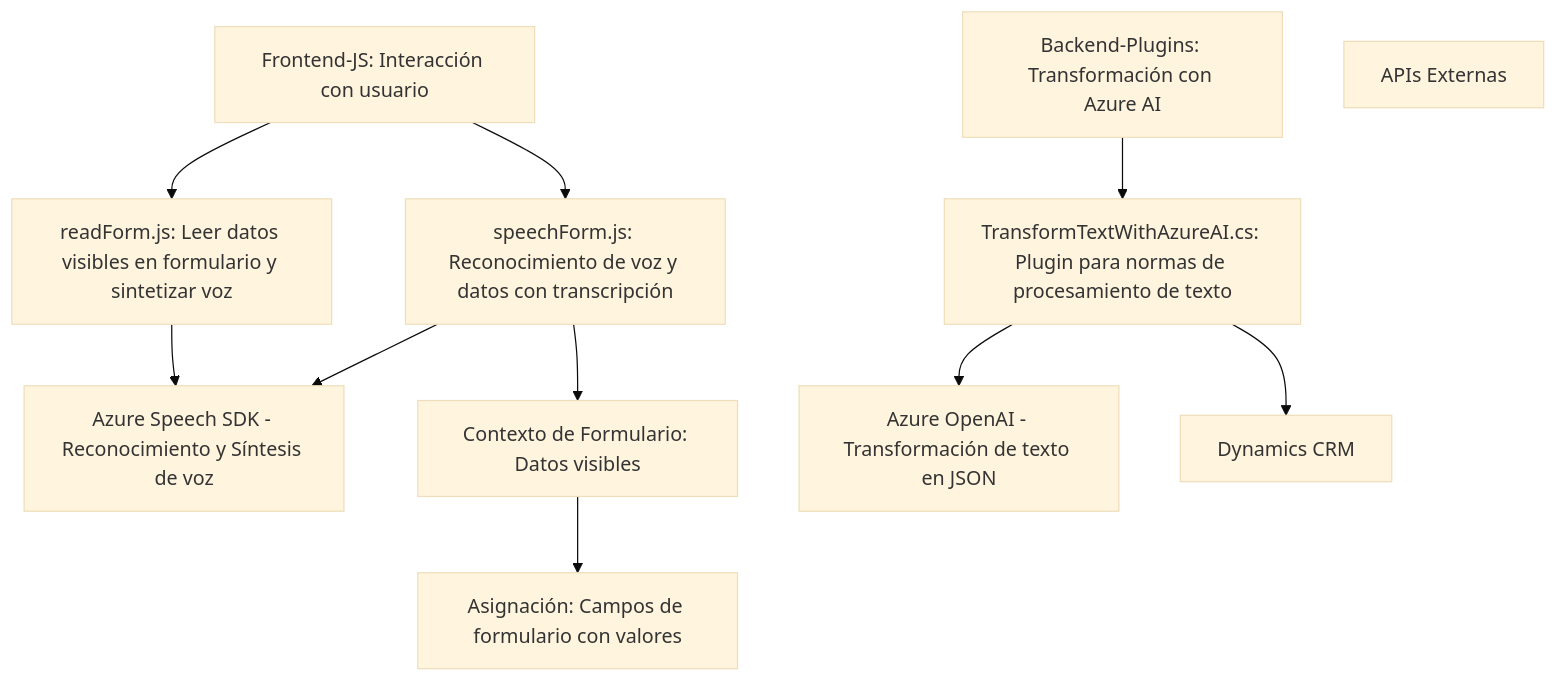
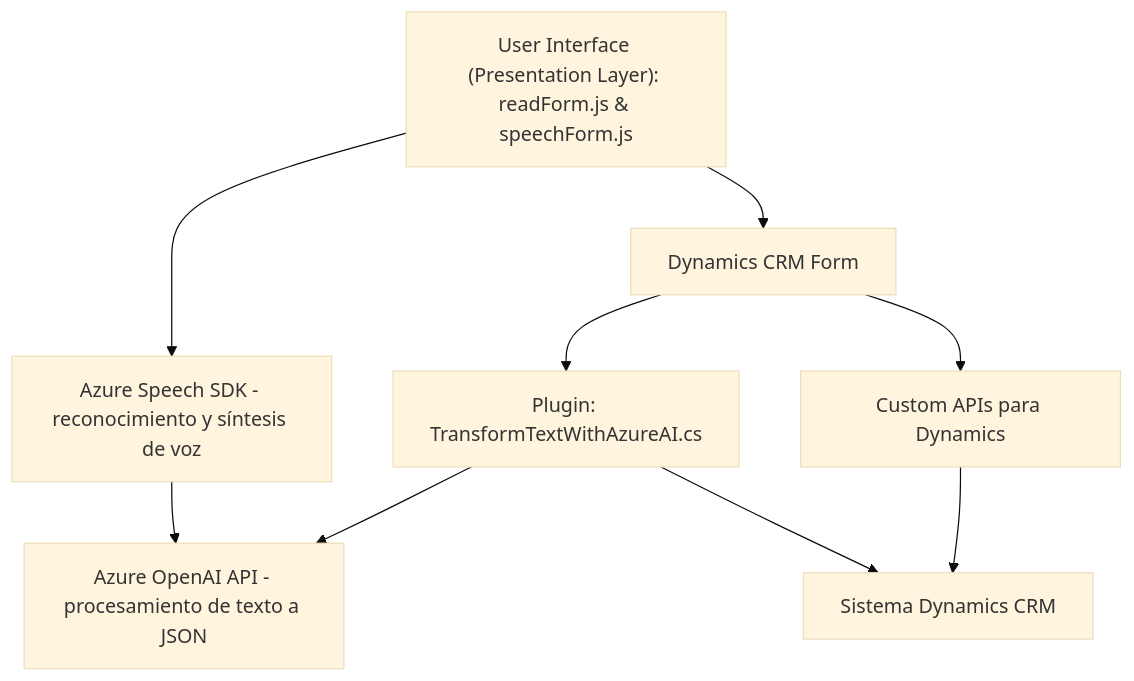
One commit to blopezdm/NETCORE_BILBAO2025 changed the diagram in README.md. Above: the diagram before and after it, drawn with Mermaid (base theme). The commit also changed other lines of this file, not shown here.

Commit message:
Actualizar análisis global de la solución con IA

````diff
--- a/README.md
+++ b/README.md
@@ -41,24 +62,18 @@
 ```mermaid
 graph TD
-    A["Frontend-JS: Interacción con usuario"]
-    A1["readForm.js: Leer datos visibles en formulario y sintetizar voz"]
-    A2["speechForm.js: Reconocimiento de voz y datos con transcripción"]
-    B["Backend-Plugins: Transformación con Azure AI"]
-    B1["TransformTextWithAzureAI.cs: Plugin para normas de procesamiento de texto"]
-    C["APIs Externas"]
-    C1["Azure Speech SDK - Reconocimiento y Síntesis de voz"]
-    C2["Azure OpenAI - Transformación de texto en JSON"]
-    D["Dynamics CRM"]
-    D1["Contexto de Formulario: Datos visibles"]
-    D2["Asignación: Campos de formulario con valores"]
-
-    A --> A1
-    A --> A2
-    B --> B1
-    B1 --> C2
-    A1 --> C1
-    A2 --> C1
-    B1 --> D
-    A2 --> D1
-    D1 --> D2
+    A["User Interface (Presentation Layer): readForm.js & speechForm.js"] 
+    B["Azure Speech SDK - reconocimiento y síntesis de voz"]
+    C["Dynamics CRM Form"]
+    D["Azure OpenAI API - procesamiento de texto a JSON"]
+    E["Plugin: TransformTextWithAzureAI.cs"]
+    F["Custom APIs para Dynamics"]
+    G["Sistema Dynamics CRM"]
+    A --> B
+    A --> C
+    B --> D
+    C --> E
+    E --> D
+    C --> F
+    F --> G
+    E --> G
 ```
````
